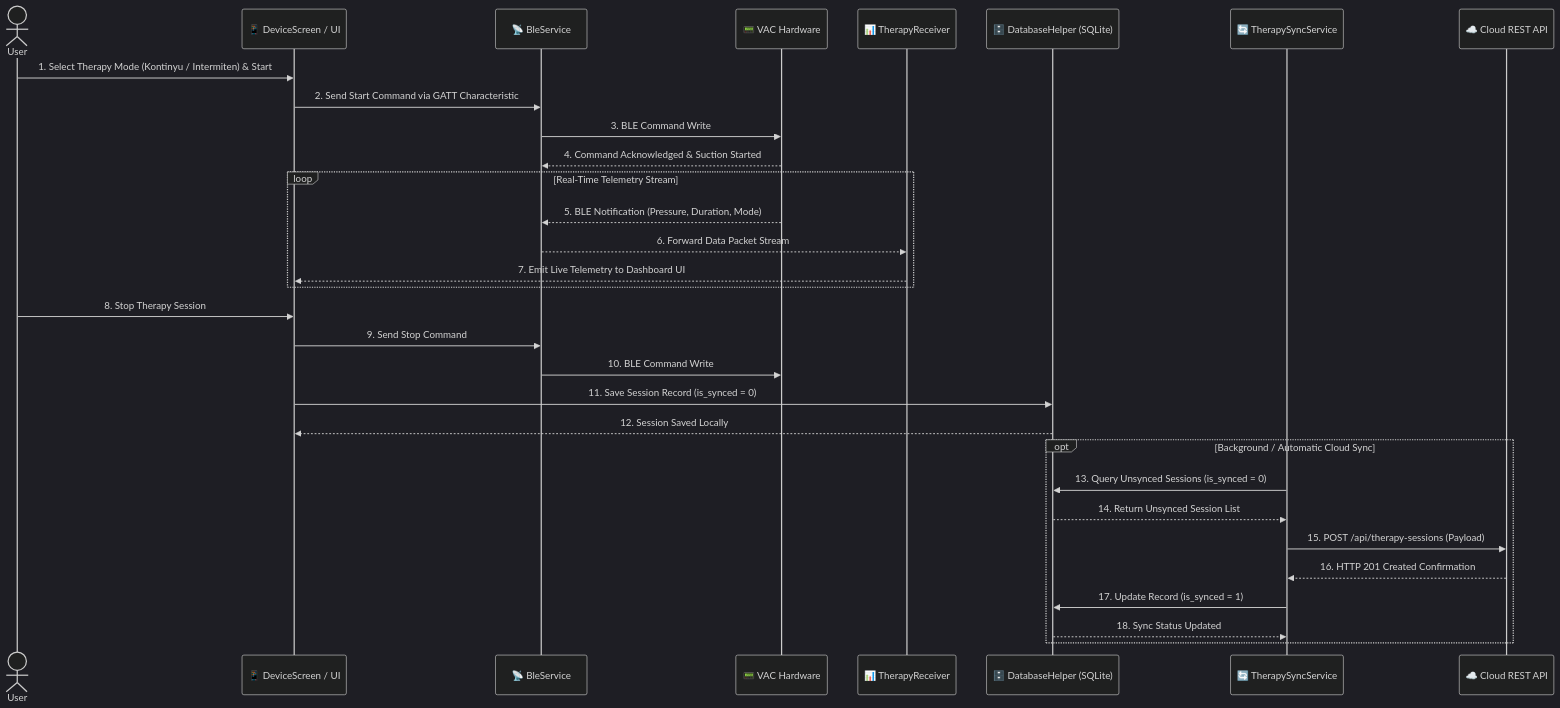
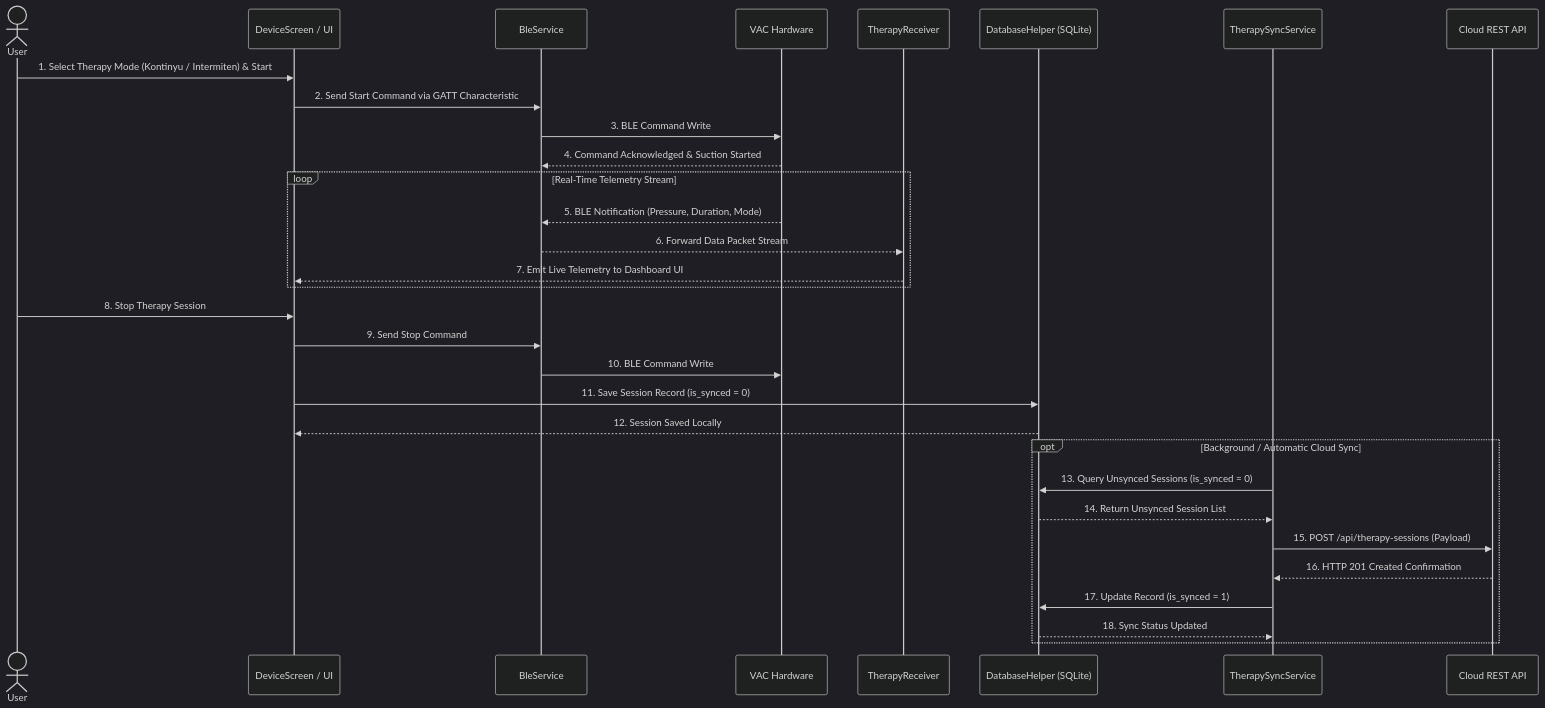
Before and after one commit to nashirabbash/VAC-IoT: the fifth of 5 diagrams in README.md, drawn with Mermaid (dark theme). The commit also changed other lines of this file, not shown here.

Commit message:
docs: remove emojis from mermaid diagrams in README

````diff
--- a/README.md
+++ b/README.md
@@ -320,41 +545,41 @@
 ```mermaid
 sequenceDiagram
     accTitle: End-to-End Therapy Session and Cloud Sync Flow
     accDescr: Sequence diagram illustrating device connection, telemetry stream reception, session completion local persistence, and cloud sync.
 
     actor User
-    participant UI as 📱 DeviceScreen / UI
-    participant BLE as 📡 BleService
-    participant VAC as 📟 VAC Hardware
-    participant Rx as 📊 TherapyReceiver
-    participant DB as 🗄️ DatabaseHelper (SQLite)
-    participant Sync as 🔄 TherapySyncService
-    participant API as ☁️ Cloud REST API
+    participant UI as DeviceScreen / UI
+    participant BLE as BleService
+    participant VAC as VAC Hardware
+    participant Rx as TherapyReceiver
+    participant DB as DatabaseHelper (SQLite)
+    participant Sync as TherapySyncService
+    participant API as Cloud REST API
 
     User->>UI: 1. Select Therapy Mode (Kontinyu / Intermiten) & Start
     UI->>BLE: 2. Send Start Command via GATT Characteristic
     BLE->>VAC: 3. BLE Command Write
     VAC-->>BLE: 4. Command Acknowledged & Suction Started
     
     loop Real-Time Telemetry Stream
         VAC-->>BLE: 5. BLE Notification (Pressure, Duration, Mode)
         BLE-->>Rx: 6. Forward Data Packet Stream
         Rx-->>UI: 7. Emit Live Telemetry to Dashboard UI
     end
 
     User->>UI: 8. Stop Therapy Session
     UI->>BLE: 9. Send Stop Command
     BLE->>VAC: 10. BLE Command Write
     
     UI->>DB: 11. Save Session Record (is_synced = 0)
     DB-->>UI: 12. Session Saved Locally
 
     opt Background / Automatic Cloud Sync
         Sync->>DB: 13. Query Unsynced Sessions (is_synced = 0)
         DB-->>Sync: 14. Return Unsynced Session List
         Sync->>API: 15. POST /api/therapy-sessions (Payload)
         API-->>Sync: 16. HTTP 201 Created Confirmation
         Sync->>DB: 17. Update Record (is_synced = 1)
         DB-->>Sync: 18. Sync Status Updated
     end
 ```
````
